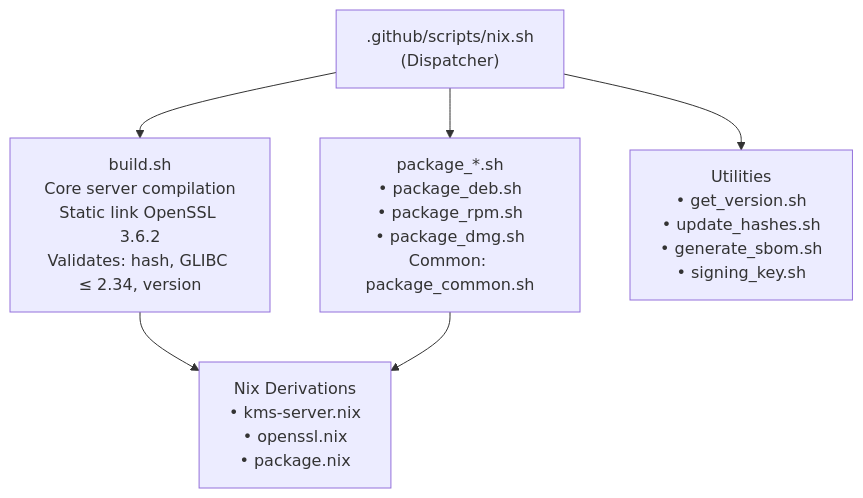
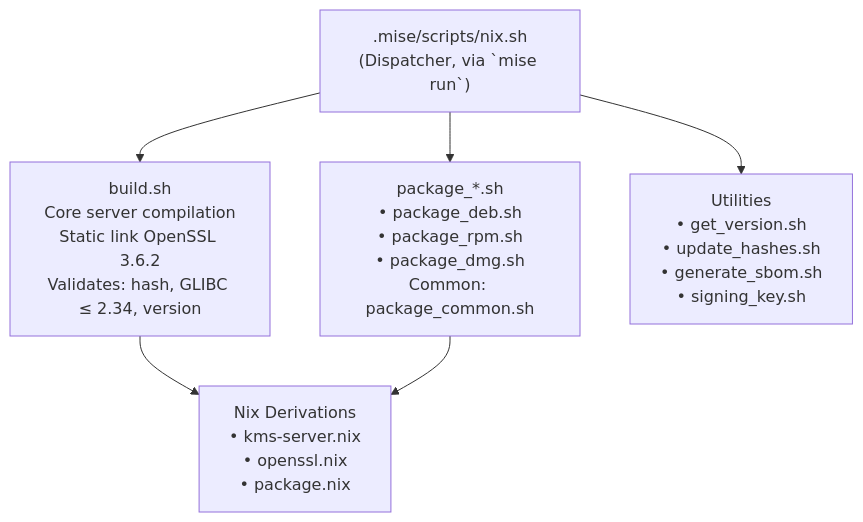
Before and after one commit to Cosmian/kms: the seventh of 11 diagrams in nix/README.md, drawn with Mermaid. The commit also changed other lines of this file and 37 other files, not shown here.

````diff
--- a/nix/README.md
+++ b/nix/README.md
@@ -664,10 +664,10 @@
 ```mermaid
 flowchart TB
-    nix_sh[".github/scripts/nix.sh<br/>(Dispatcher)"]
+    nix_sh[".mise/scripts/nix.sh<br/>(Dispatcher, via `mise run`)"]
     build_sh["build.sh<br/>Core server compilation<br/>Static link OpenSSL 3.6.2<br/>Validates: hash, GLIBC ≤ 2.34, version"]
     pkg_sh["package_*.sh<br/>• package_deb.sh<br/>• package_rpm.sh<br/>• package_dmg.sh<br/>Common: package_common.sh"]
     utils_sh["Utilities<br/>• get_version.sh<br/>• update_hashes.sh<br/>• generate_sbom.sh<br/>• signing_key.sh"]
     nix_sh --> build_sh & pkg_sh & utils_sh
     derivations["Nix Derivations<br/>• kms-server.nix<br/>• openssl.nix<br/>• package.nix"]
     build_sh & pkg_sh --> derivations
 ```
````
